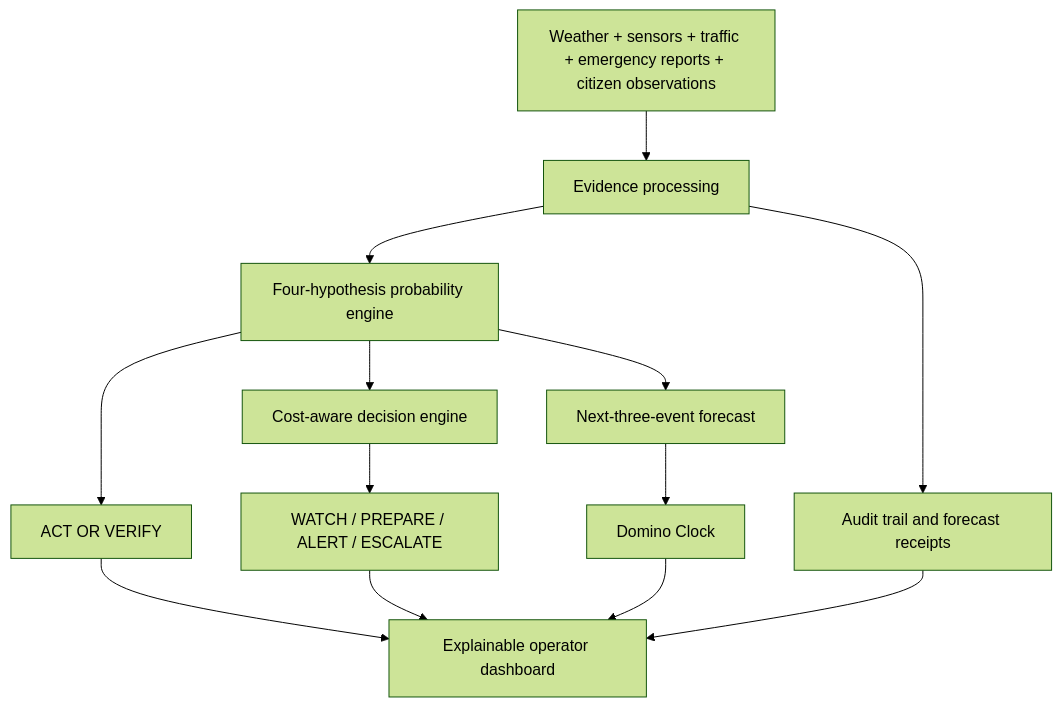
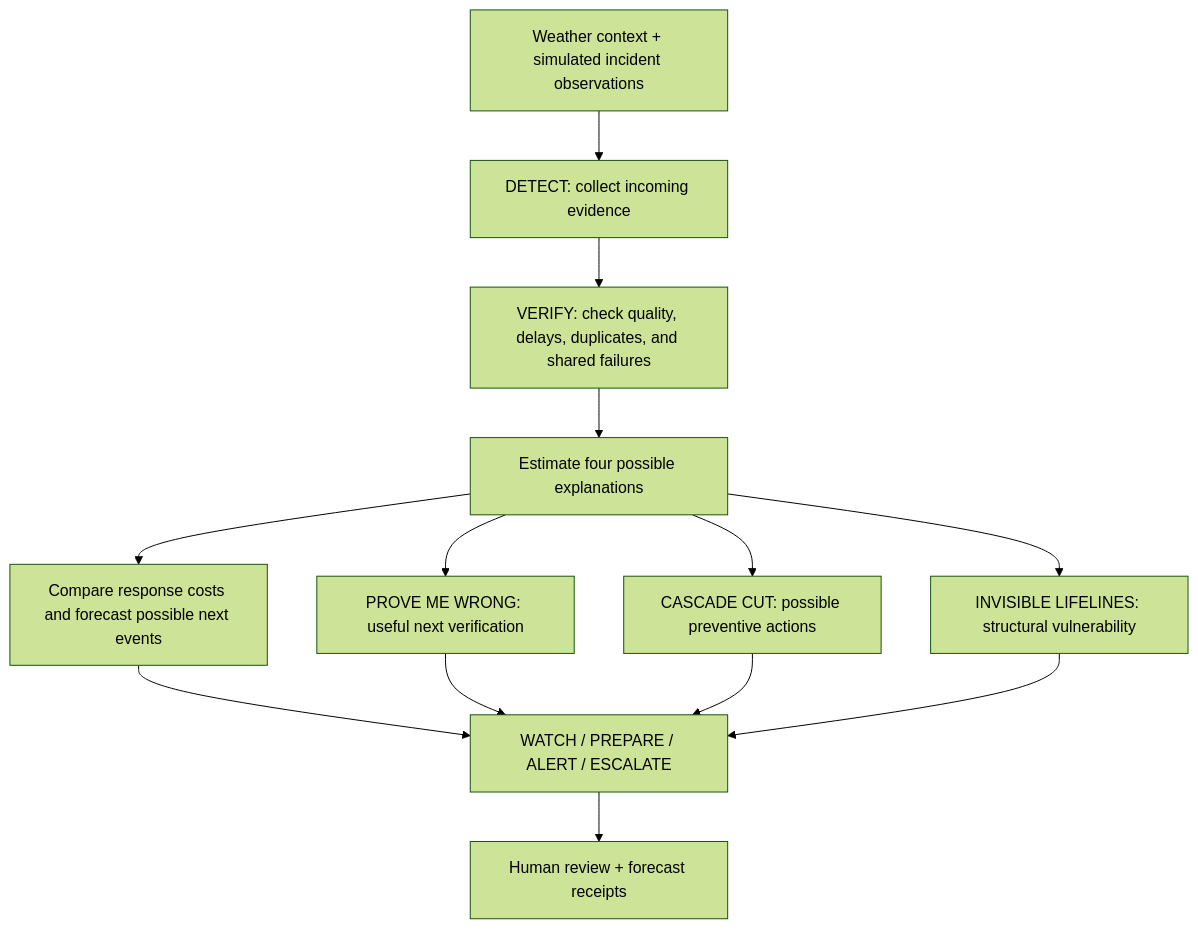
One commit to Its-AtharvDeshmukh/BEFOREPOINT changed the diagram in README.md. Above: the diagram before and after it, drawn with Mermaid (forest theme). The commit also changed other lines of this file, not shown here.

````diff
--- a/README.md
+++ b/README.md
@@ -40,15 +62,15 @@
 ```mermaid
 flowchart TD
-    A[Weather + sensors + traffic + emergency reports + citizen observations] --> B[Evidence processing]
-    B --> C[Four-hypothesis probability engine]
-    C --> D[Cost-aware decision engine]
-    C --> E[Next-three-event forecast]
-    D --> F[WATCH / PREPARE / ALERT / ESCALATE]
-    C --> G[ACT OR VERIFY]
-    E --> H[Domino Clock]
-    B --> I[Audit trail and forecast receipts]
-    G --> J[Explainable operator dashboard]
-    F --> J
-    H --> J
-    I --> J
+    A[Weather context + simulated incident observations] --> B[DETECT: collect incoming evidence]
+    B --> C[VERIFY: check quality, delays, duplicates, and shared failures]
+    C --> D[Estimate four possible explanations]
+    D --> E[Compare response costs and forecast possible next events]
+    E --> F[WATCH / PREPARE / ALERT / ESCALATE]
+    D --> G[PROVE ME WRONG: useful next verification]
+    D --> H[CASCADE CUT: possible preventive actions]
+    D --> I[INVISIBLE LIFELINES: structural vulnerability]
+    G --> F
+    H --> F
+    I --> F
+    F --> J[Human review + forecast receipts]
 ```
````
